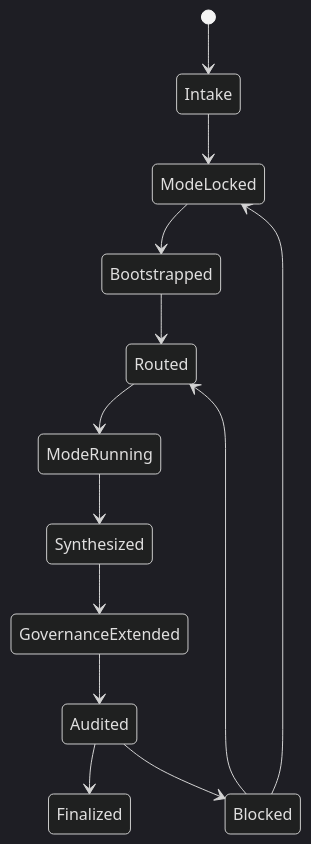
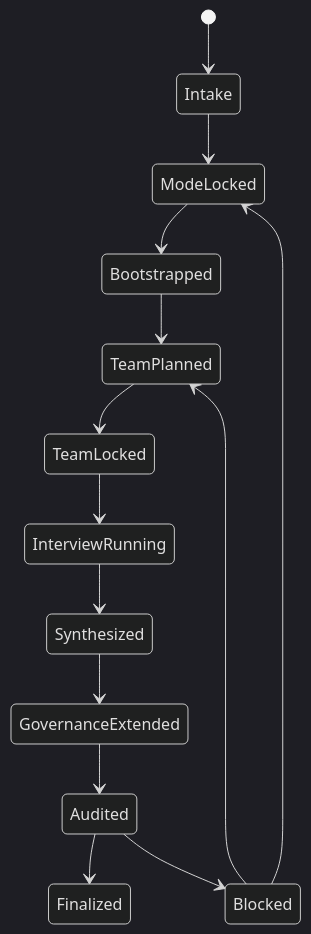
The third of 4 diagrams in .agents/skills/aigc/0-Init/SKILL.md (ZEN-VOID/AI-CUT), drawn with Mermaid (dark theme) before and after one commit. The commit also changed other lines of this file and 165 other files, not shown here.

````diff
--- a/.agents/skills/aigc/0-Init/SKILL.md
+++ b/.agents/skills/aigc/0-Init/SKILL.md
@@ -137,15 +141,16 @@
 ```mermaid
 stateDiagram-v2
     [*] --> Intake
     Intake --> ModeLocked
     ModeLocked --> Bootstrapped
-    Bootstrapped --> Routed
-    Routed --> ModeRunning
-    ModeRunning --> Synthesized
+    Bootstrapped --> TeamPlanned
+    TeamPlanned --> TeamLocked
+    TeamLocked --> InterviewRunning
+    InterviewRunning --> Synthesized
     Synthesized --> GovernanceExtended
     GovernanceExtended --> Audited
     Audited --> Finalized
     Audited --> Blocked
-    Blocked --> Routed
+    Blocked --> TeamPlanned
     Blocked --> ModeLocked
 ```
````
